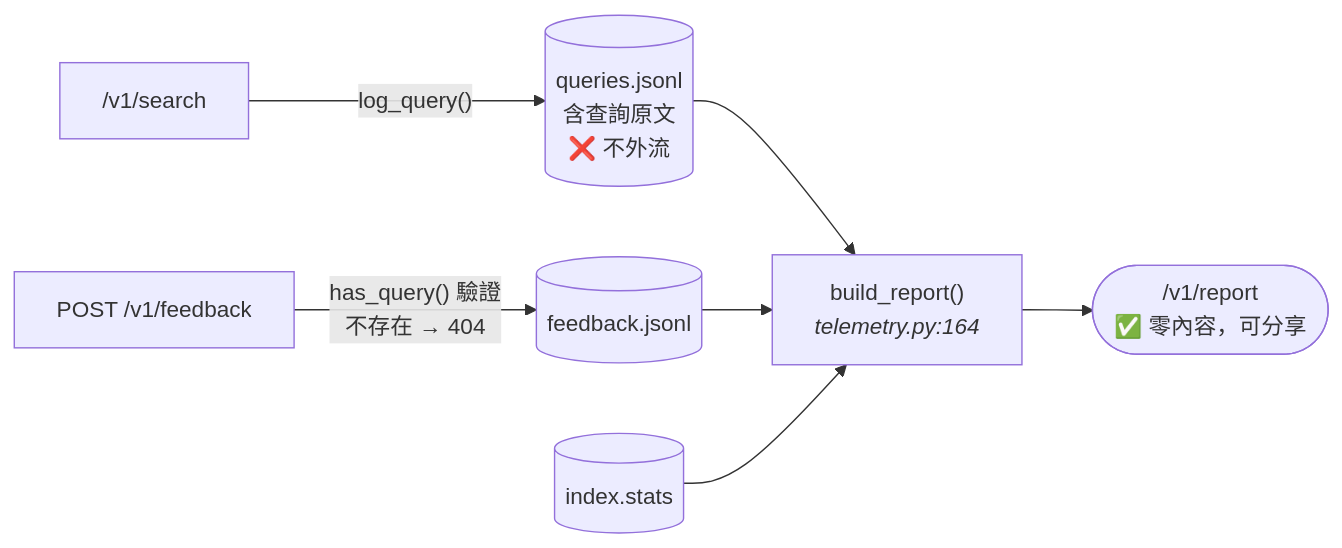
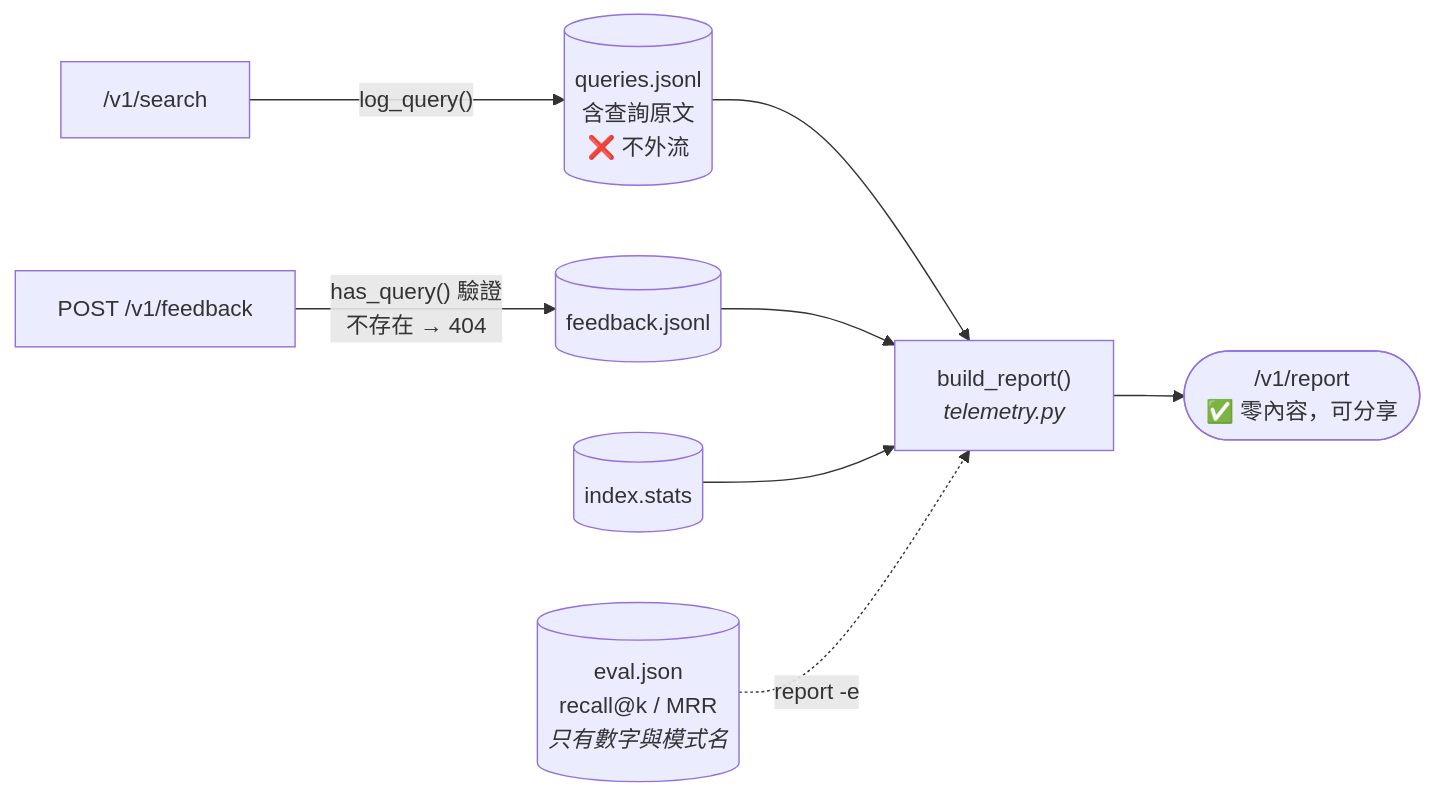
One commit to yiting-tom/YEDAI changed the ninth of 9 diagrams in docs/data-flow.md. Above: the diagram before and after it, drawn with Mermaid. The commit also changed other lines of this file and 9 other files, not shown here.

````diff
--- a/docs/data-flow.md
+++ b/docs/data-flow.md
@@ -336,9 +413,10 @@
 ```mermaid
 flowchart LR
   SR["/v1/search"] -->|"log_query()"| QJ[("queries.jsonl<br/>含查詢原文<br/>❌ 不外流")]
   FB["POST /v1/feedback"] -->|"has_query() 驗證<br/>不存在 → 404"| FJ[("feedback.jsonl")]
-  QJ --> BR["build_report()<br/><i>telemetry.py:164</i>"]
+  QJ --> BR["build_report()<br/><i>telemetry.py</i>"]
   FJ --> BR
   IDX[("index.stats")] --> BR
+  EV[("eval.json<br/>recall@k / MRR<br/><i>只有數字與模式名</i>")] -.->|"report -e"| BR
   BR --> RP(["/v1/report<br/>✅ 零內容，可分享"])
 ```
````
